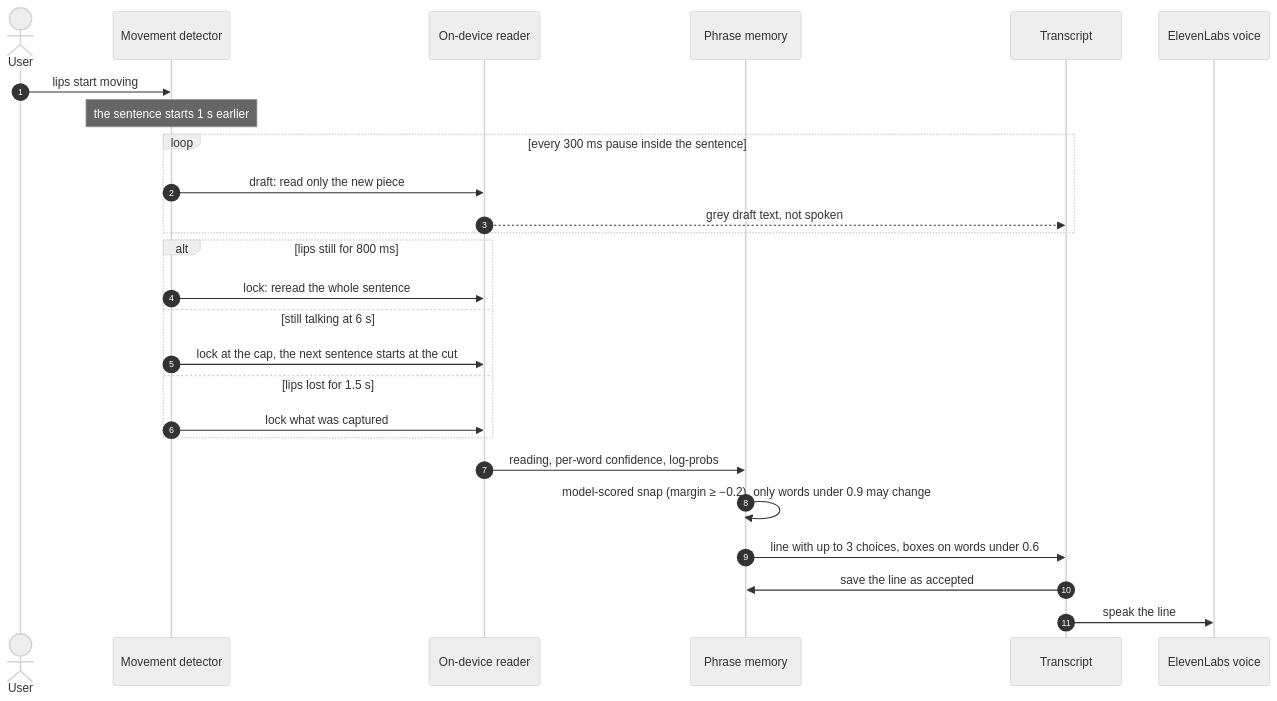
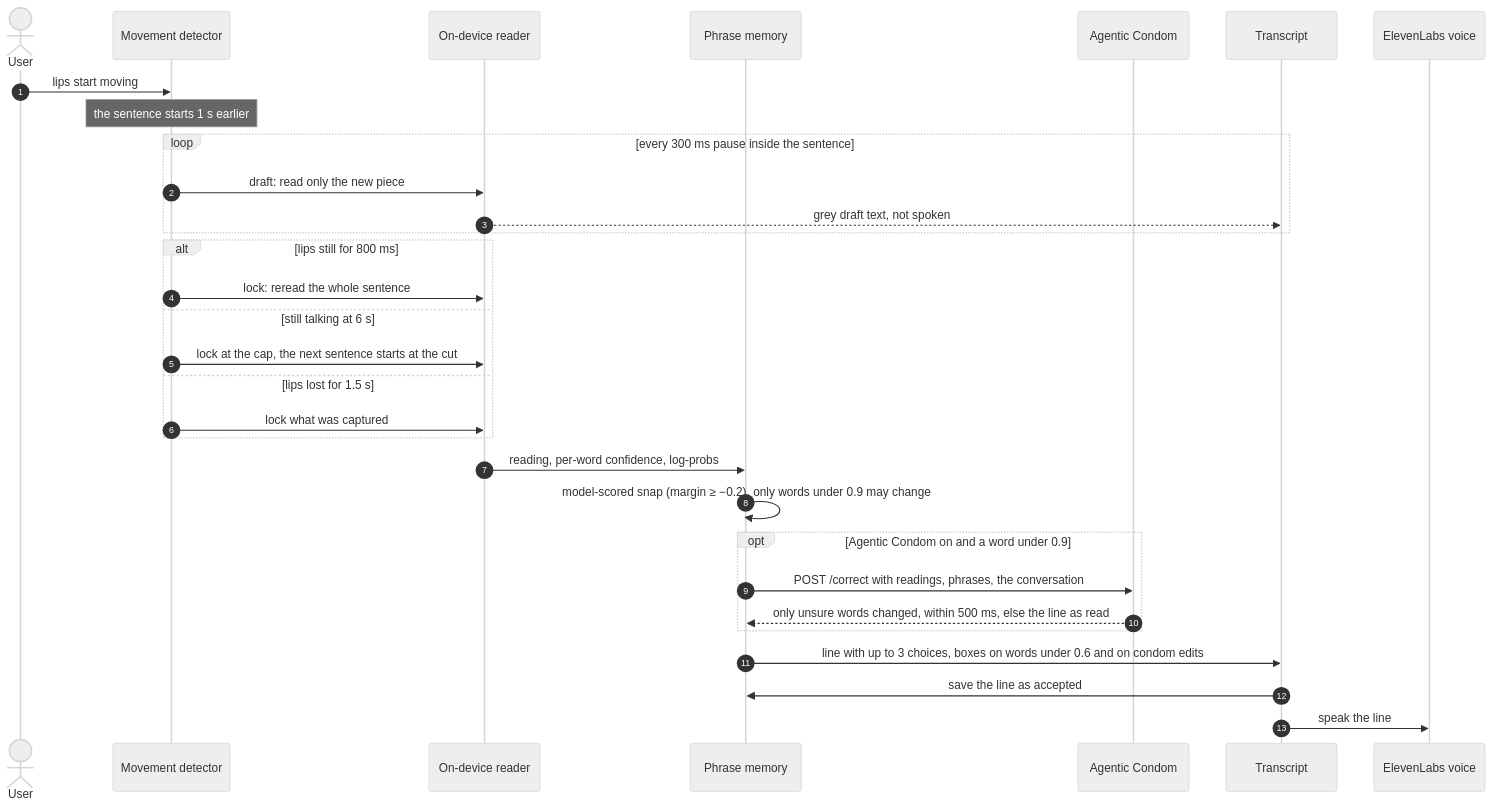
The second of 3 diagrams in docs/architecture/modes.md (LMSAIH/stormhacks2026), drawn with Mermaid (neutral theme) before and after one commit. The commit also changed other lines of this file and 11 other files, not shown here.

First line of the commit message:
docs(condom): design doc, diagrams; feat(ml): stricter bracket knob, app-eval A/B harness

````diff
--- a/docs/architecture/modes.md
+++ b/docs/architecture/modes.md
@@ -35,28 +35,33 @@
 ```mermaid
 sequenceDiagram
   autonumber
   actor U as User
   participant D as Movement detector
   participant L as On-device reader
   participant P as Phrase memory
+  participant C as Agentic Condom
   participant T as Transcript
   participant V as ElevenLabs voice
   U->>D: lips start moving
   Note over D: the sentence starts 1 s earlier
   loop every 300 ms pause inside the sentence
     D->>L: draft: read only the new piece
     L-->>T: grey draft text, not spoken
   end
   alt lips still for 800 ms
     D->>L: lock: reread the whole sentence
   else still talking at 6 s
     D->>L: lock at the cap, the next sentence starts at the cut
   else lips lost for 1.5 s
     D->>L: lock what was captured
   end
   L->>P: reading, per-word confidence, log-probs
   P->>P: model-scored snap (margin ≥ −0.2), only words under 0.9 may change
-  P->>T: line with up to 3 choices, boxes on words under 0.6
+  opt Agentic Condom on and a word under 0.9
+    P->>C: POST /correct with readings, phrases, the conversation
+    C-->>P: only unsure words changed, within 500 ms, else the line as read
+  end
+  P->>T: line with up to 3 choices, boxes on words under 0.6 and on condom edits
   T->>P: save the line as accepted
   T->>V: speak the line
 ```
````
